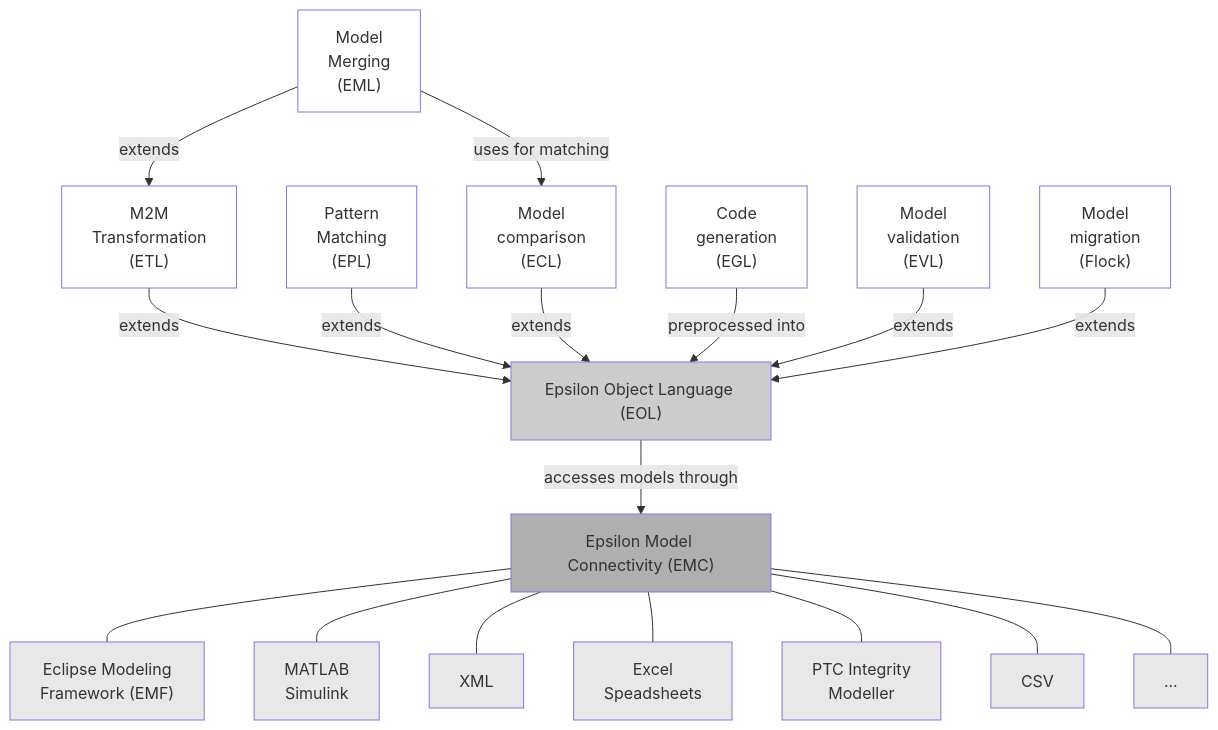
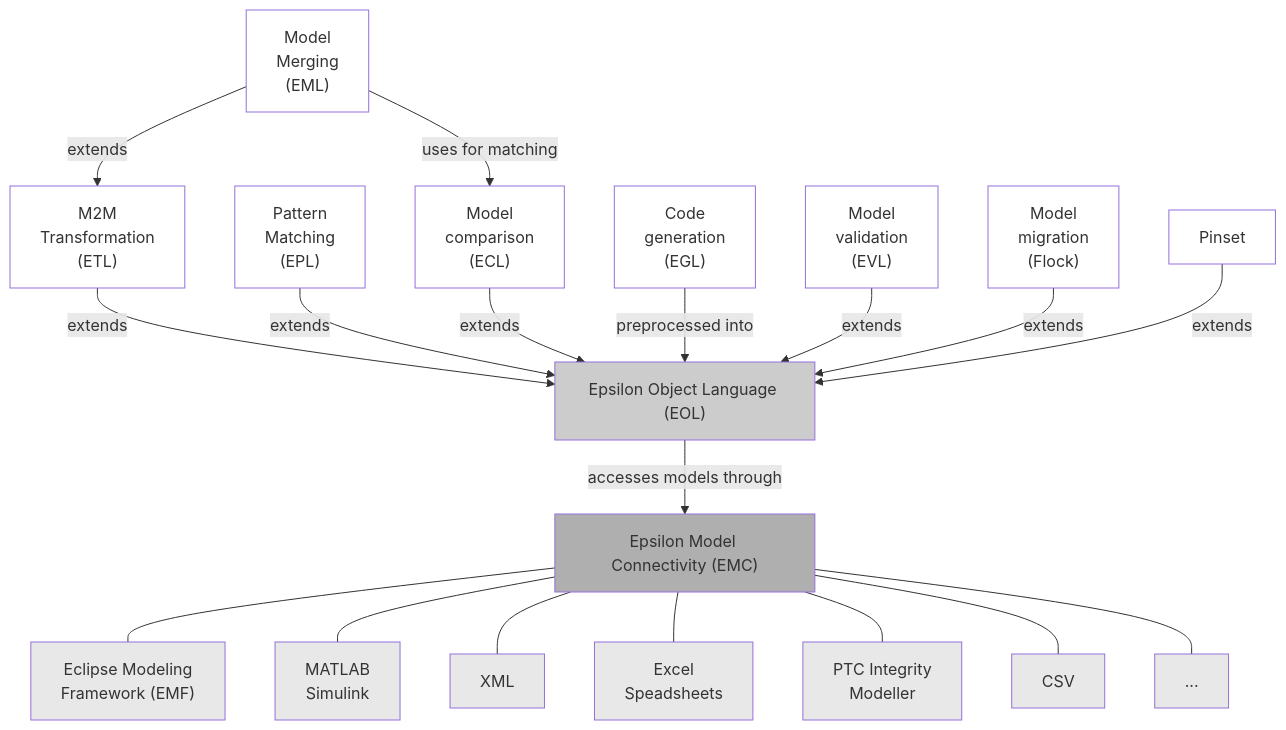
The diagram in mkdocs/docs/doc/index.md (eclipse/epsilon-website), drawn with Mermaid before and after one commit. The commit also changed other lines of this file, not shown here.

Commit message:
Add pinset to overview section

````diff
--- a/mkdocs/docs/doc/index.md
+++ b/mkdocs/docs/doc/index.md
@@ -11,44 +11,45 @@
 ```mermaid
 graph TD
 	ECL["Model<br/>comparison<br/>(ECL)"]
 	Flock["Model<br/>migration<br/>(Flock)"]
 	EGL["Code<br/>generation<br/>(EGL)"]
 	EVL["Model<br/>validation<br/>(EVL)"]
 	EPL["Pattern<br/>Matching<br/>(EPL)"]
 	EML["Model<br/>Merging<br/>(EML)"]
 	ETL["M2M<br/>Transformation<br/>(ETL)"]
 	EOL["Epsilon Object Language (EOL)"]
 	ETL --> |extends|EOL
 	EML --> |uses for matching|ECL
 	EML --> |extends|ETL
 	EPL --> |extends|EOL
 	ECL --> |extends|EOL
 	EGL --> |preprocessed into|EOL
 	EVL --> |extends|EOL
 	Flock --> |extends|EOL
-	
+	Pinset --> |extends|EOL
+
 	EMC["Epsilon Model Connectivity (EMC)"]
 	EMF["Eclipse Modeling<br/> Framework (EMF)"]
 	Simulink["MATLAB<br/>Simulink"]
 	Excel["Excel<br/>Speadsheets"]
 	PTC["PTC Integrity<br/>Modeller"]
 	Dots["..."]
 
 	EOL -->|accesses models through| EMC
 	EMC --- EMF
 	EMC --- Simulink
 	EMC --- XML
 	EMC --- Excel
 	EMC --- PTC
 	EMC --- CSV
 	EMC --- Dots
 
 	classDef eol fill:#CCCCCC;
 	class EOL eol;
 	classDef emc fill:#AFAFAF;
 	class EMC emc;
 	classDef language fill:#ffffff;
-	class ETL,Flock,EGL,EVL,ECL,EPL,EML language;
+	class ETL,Flock,EGL,EVL,ECL,EPL,EML,Pinset language;
 	classDef driver fill:#E8E8E8;
 	class EMF,XML,CSV,Simulink,Excel,PTC,Dots driver;
 ```
````
